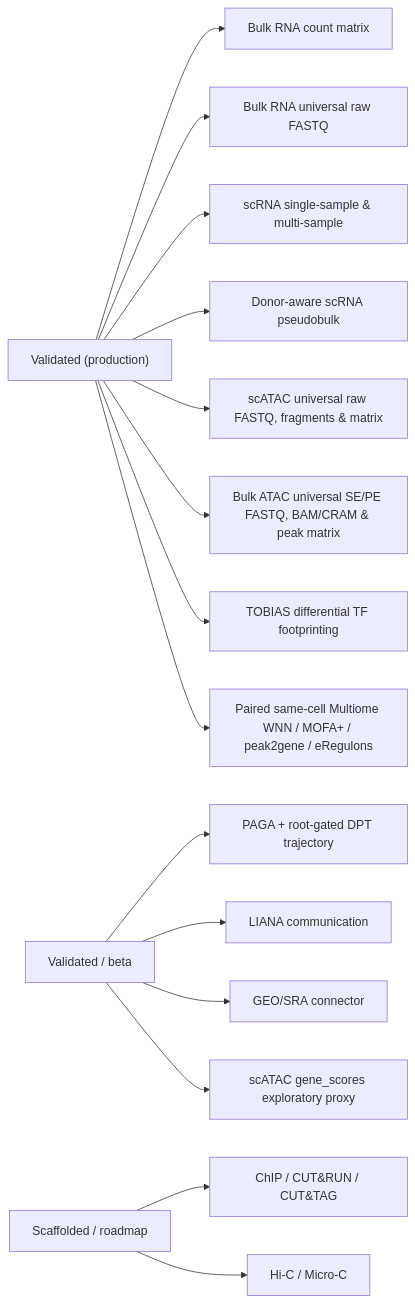
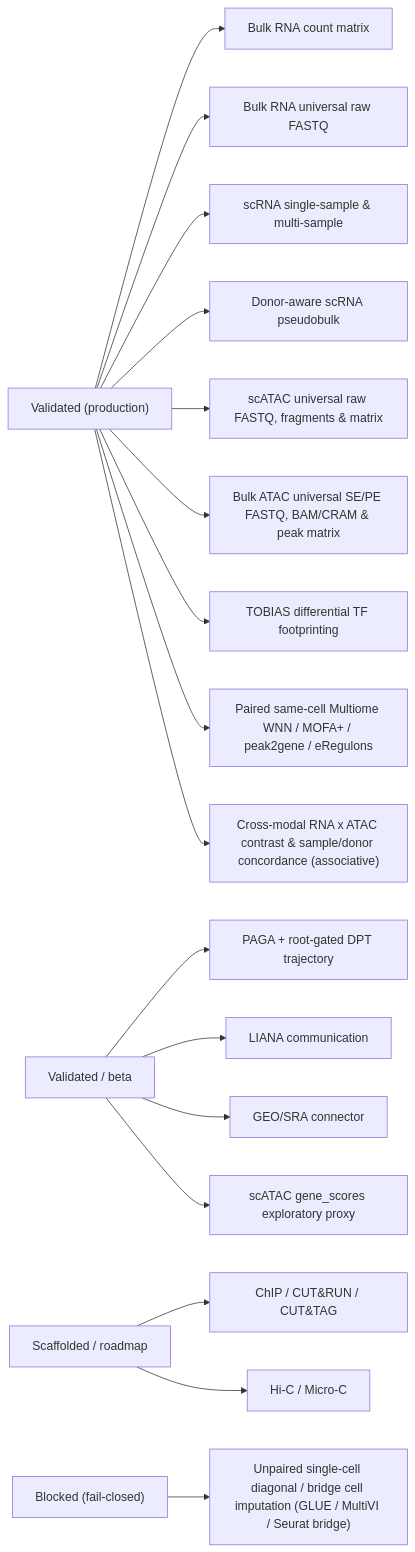
One commit to Olascoaga/aria-omics changed the diagram in docs/diagrams/validation_boundary.mmd. Above: the diagram before and after it, drawn with Mermaid. The commit also changed 35 other files, not shown here.

Commit message:
feat(cross-modal): add production RNAxATAC contrast and donor concordance engine (ADR-080)

```diff
--- a/docs/diagrams/validation_boundary.mmd
+++ b/docs/diagrams/validation_boundary.mmd
@@ -1,15 +1,17 @@
 flowchart LR
     A["Validated (production)"] --> A1[Bulk RNA count matrix]
     A --> A5[Bulk RNA universal raw FASTQ]
     A --> A2[scRNA single-sample & multi-sample]
     A --> A4[Donor-aware scRNA pseudobulk]
     A --> A6[scATAC universal raw FASTQ, fragments & matrix]
     A --> A7[Bulk ATAC universal SE/PE FASTQ, BAM/CRAM & peak matrix]
     A --> A8[TOBIAS differential TF footprinting]
     A --> A9[Paired same-cell Multiome WNN / MOFA+ / peak2gene / eRegulons]
+    A --> A10["Cross-modal RNA x ATAC contrast & sample/donor concordance (associative)"]
     B[Validated / beta] --> B2[PAGA + root-gated DPT trajectory]
     B --> B3[LIANA communication]
     B --> B4[GEO/SRA connector]
     B --> B5[scATAC gene_scores exploratory proxy]
     C[Scaffolded / roadmap] --> C1[ChIP / CUT&RUN / CUT&TAG]
     C --> C2[Hi-C / Micro-C]
+    D["Blocked (fail-closed)"] --> D1["Unpaired single-cell diagonal / bridge cell imputation (GLUE / MultiVI / Seurat bridge)"]
```
